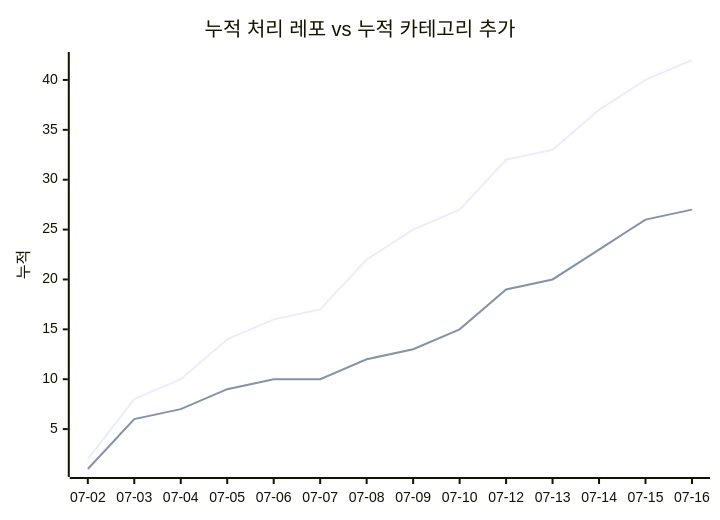
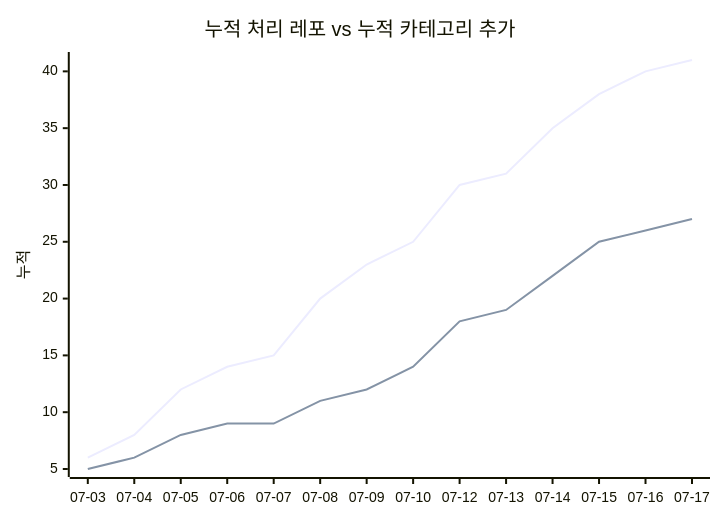
The second of 2 diagrams in docs/trends.md (J-nowcow/awesome-korean-agent-skills), drawn with Mermaid before and after one commit. The commit also changed other lines of this file and 4 other files, not shown here.

````diff
--- a/docs/trends.md
+++ b/docs/trends.md
@@ -68,8 +68,8 @@
 ```mermaid
 xychart-beta
     title "누적 처리 레포 vs 누적 카테고리 추가"
-    x-axis ["07-02","07-03","07-04","07-05","07-06","07-07","07-08","07-09","07-10","07-12","07-13","07-14","07-15","07-16"]
+    x-axis ["07-03","07-04","07-05","07-06","07-07","07-08","07-09","07-10","07-12","07-13","07-14","07-15","07-16","07-17"]
     y-axis "누적"
-    line [2,8,10,14,16,17,22,25,27,32,33,37,40,42]
-    line [1,6,7,9,10,10,12,13,15,19,20,23,26,27]
+    line [6,8,12,14,15,20,23,25,30,31,35,38,40,41]
+    line [5,6,8,9,9,11,12,14,18,19,22,25,26,27]
 ```
````
